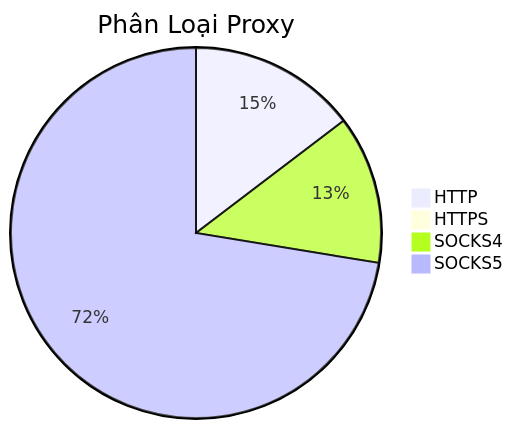
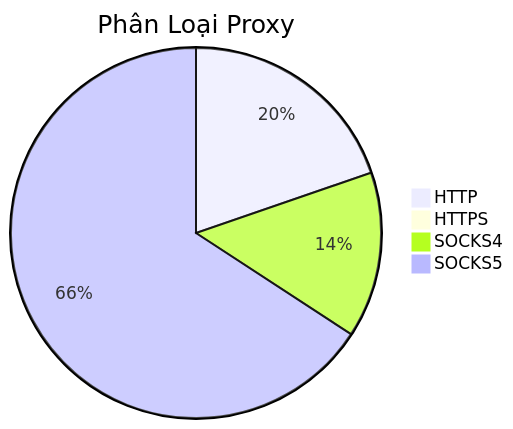
One commit to Ciara-Aa/PROXY-free changed the diagram in README.md. Above: the diagram before and after it, drawn with Mermaid. The commit also changed other lines of this file and 4 other files, not shown here.

````diff
--- a/README.md
+++ b/README.md
@@ -26,7 +26,7 @@
 ```mermaid
 pie title Phân Loại Proxy
-    "HTTP" : 393
-    "HTTPS" : 5
-    "SOCKS4" : 347
-    "SOCKS5" : 1943
+    "HTTP" : 482
+    "HTTPS" : 0
+    "SOCKS4" : 354
+    "SOCKS5" : 1608
 ```
````
